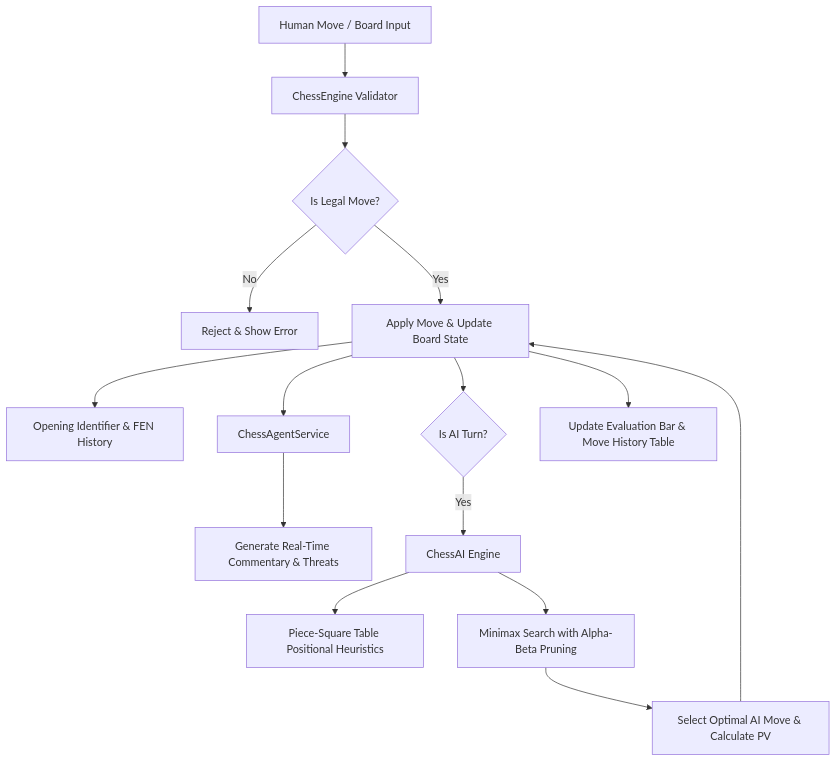
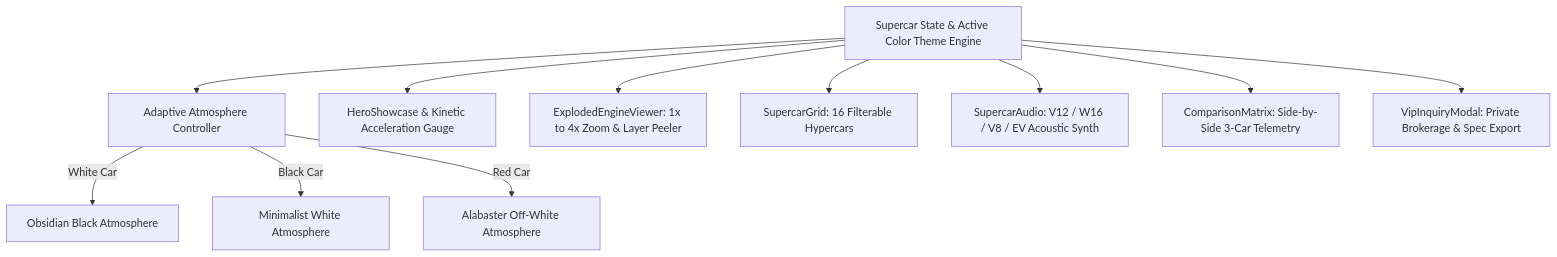
Before and after one commit to Ishant6565/Genai-Study-Copilot: the diagram in README.md, drawn with Mermaid. The commit also changed other lines of this file and 14 other files, not shown here.

Commit message:
feat: Ultra-Luxury Supercar & Hypercar Showcase with 3D Exploded Engine X-Ray & Adaptive Atmosphere

````diff
--- a/README.md
+++ b/README.md
@@ -58,20 +79,15 @@
 ```mermaid
 flowchart TD
-    A[Human Move / Board Input] --> B[ChessEngine Validator]
-    B --> C{Is Legal Move?}
-    C -- No --> D[Reject & Show Error]
-    C -- Yes --> E[Apply Move & Update Board State]
+    A[Supercar State & Active Color Theme Engine] --> B[Adaptive Atmosphere Controller]
     
-    E --> F[Opening Identifier & FEN History]
-    E --> G[ChessAgentService]
-    G --> H[Generate Real-Time Commentary & Threats]
+    B -->|White Car| C[Obsidian Black Atmosphere]
+    B -->|Black Car| D[Minimalist White Atmosphere]
+    B -->|Red Car| E[Alabaster Off-White Atmosphere]
     
-    E --> I{Is AI Turn?}
-    I -- Yes --> J[ChessAI Engine]
-    J --> K[Piece-Square Table Positional Heuristics]
-    J --> L[Minimax Search with Alpha-Beta Pruning]
-    L --> M[Select Optimal AI Move & Calculate PV]
-    M --> E
-    
-    E --> N[Update Evaluation Bar & Move History Table]
+    A --> F[HeroShowcase & Kinetic Acceleration Gauge]
+    A --> G[ExplodedEngineViewer: 1x to 4x Zoom & Layer Peeler]
+    A --> H[SupercarGrid: 16 Filterable Hypercars]
+    A --> I[SupercarAudio: V12 / W16 / V8 / EV Acoustic Synth]
+    A --> J[ComparisonMatrix: Side-by-Side 3-Car Telemetry]
+    A --> K[VipInquiryModal: Private Brokerage & Spec Export]
 ```
````
